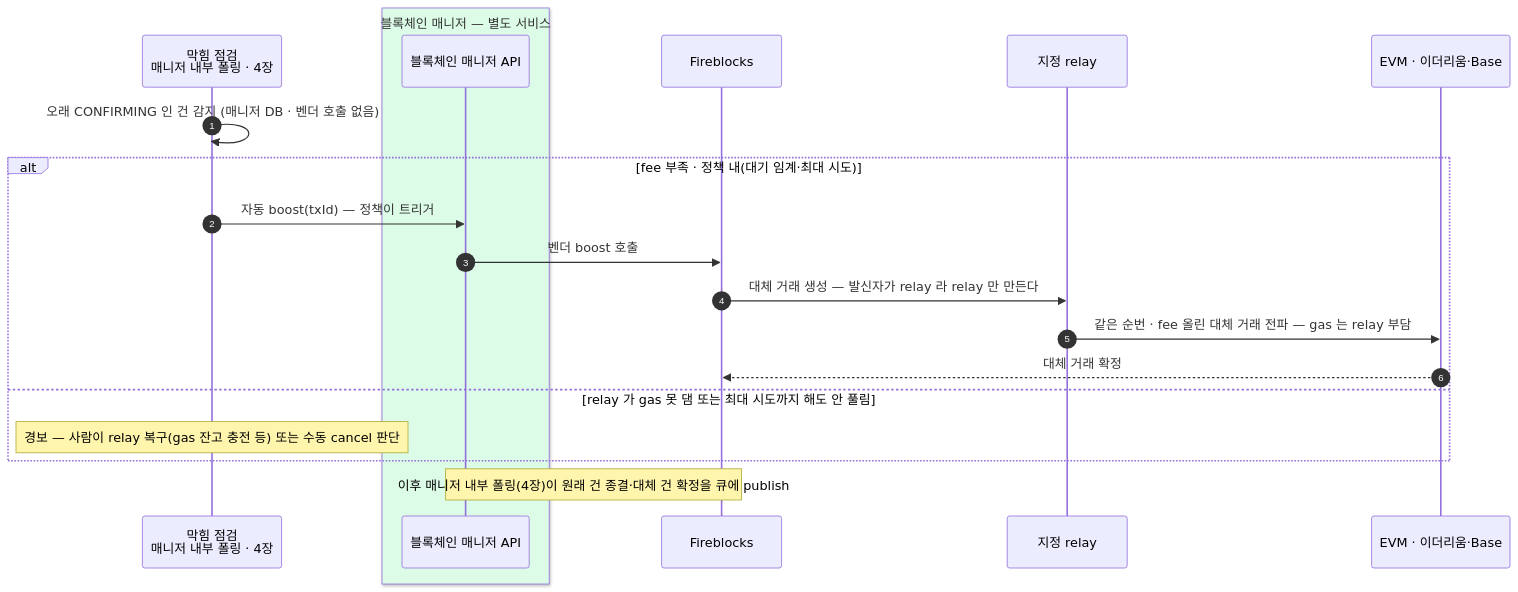
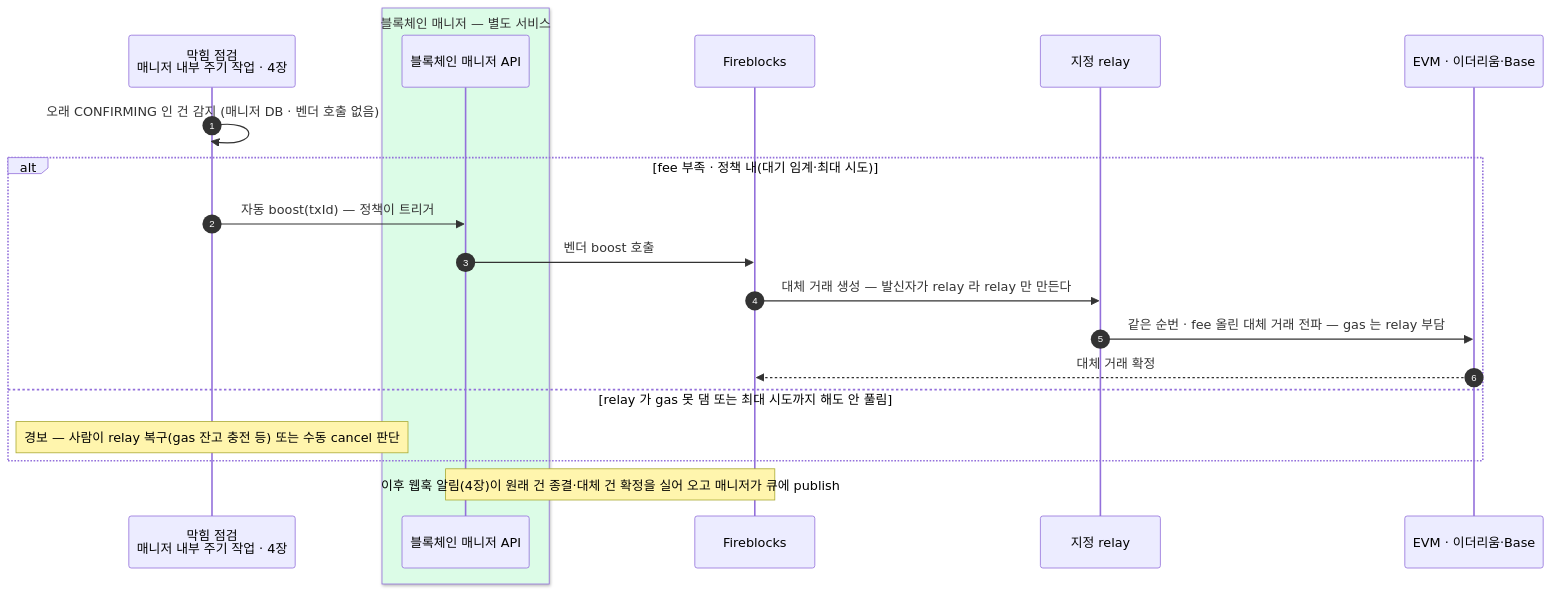
One commit to eunsujeo/eunpus changed the second of 2 diagrams in blockchain-manager/docs/블록체인매니저/설계/06-withdrawal.md. Above: the diagram before and after it, drawn with Mermaid. The commit also changed other lines of this file and 31 other files, not shown here.

````diff
--- a/blockchain-manager/docs/블록체인매니저/설계/06-withdrawal.md
+++ b/blockchain-manager/docs/블록체인매니저/설계/06-withdrawal.md
@@ -136,23 +136,23 @@
 ```mermaid
 sequenceDiagram
     autonumber
-    participant SW as 막힘 점검<br/>매니저 내부 폴링 · 4장
+    participant SW as 막힘 점검<br/>매니저 내부 주기 작업 · 4장
     box rgb(220,252,231) 블록체인 매니저 — 별도 서비스
     participant BM as 블록체인 매니저 API
     end
     participant FB as Fireblocks
     participant RL as 지정 relay
     participant CH as EVM · 이더리움·Base
 
     SW->>SW: 오래 CONFIRMING 인 건 감지 (매니저 DB · 벤더 호출 없음)
     alt fee 부족 · 정책 내(대기 임계·최대 시도)
         SW->>BM: 자동 boost(txId) — 정책이 트리거
         BM->>FB: 벤더 boost 호출
         FB->>RL: 대체 거래 생성 — 발신자가 relay 라 relay 만 만든다
         RL->>CH: 같은 순번 · fee 올린 대체 거래 전파 — gas 는 relay 부담
         CH-->>FB: 대체 거래 확정
     else relay 가 gas 못 댐 또는 최대 시도까지 해도 안 풀림
         Note over SW: 경보 — 사람이 relay 복구(gas 잔고 충전 등) 또는 수동 cancel 판단
     end
-    Note over BM,FB: 이후 매니저 내부 폴링(4장)이 원래 건 종결·대체 건 확정을 큐에 publish
+    Note over BM,FB: 이후 웹훅 알림(4장)이 원래 건 종결·대체 건 확정을 실어 오고 매니저가 큐에 publish
 ```
````
